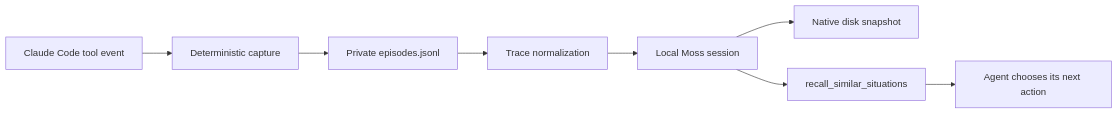
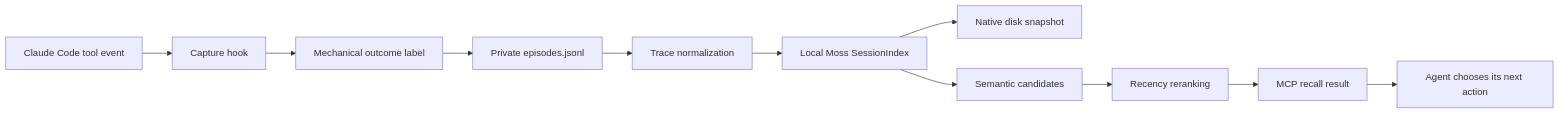
The diagram in README.md (Naut1cal5/moss-reflex), drawn with Mermaid before and after one commit. The commit also changed other lines of this file and 1 other file, not shown here.

Commit message:
docs: expand architecture and usage guide

````diff
--- a/README.md
+++ b/README.md
@@ -11,10 +53,13 @@
 ```mermaid
 flowchart LR
-    A["Claude Code tool event"] --> B["Deterministic capture"]
-    B --> C["Private episodes.jsonl"]
-    C --> D["Trace normalization"]
-    D --> E["Local Moss session"]
-    E --> F["Native disk snapshot"]
-    E --> G["recall_similar_situations"]
-    G --> H["Agent chooses its next action"]
+    A["Claude Code tool event"] --> B["Capture hook"]
+    B --> C["Mechanical outcome label"]
+    C --> D["Private episodes.jsonl"]
+    D --> E["Trace normalization"]
+    E --> F["Local Moss SessionIndex"]
+    F --> G["Native disk snapshot"]
+    F --> H["Semantic candidates"]
+    H --> I["Recency reranking"]
+    I --> J["MCP recall result"]
+    J --> K["Agent chooses its next action"]
 ```
````
